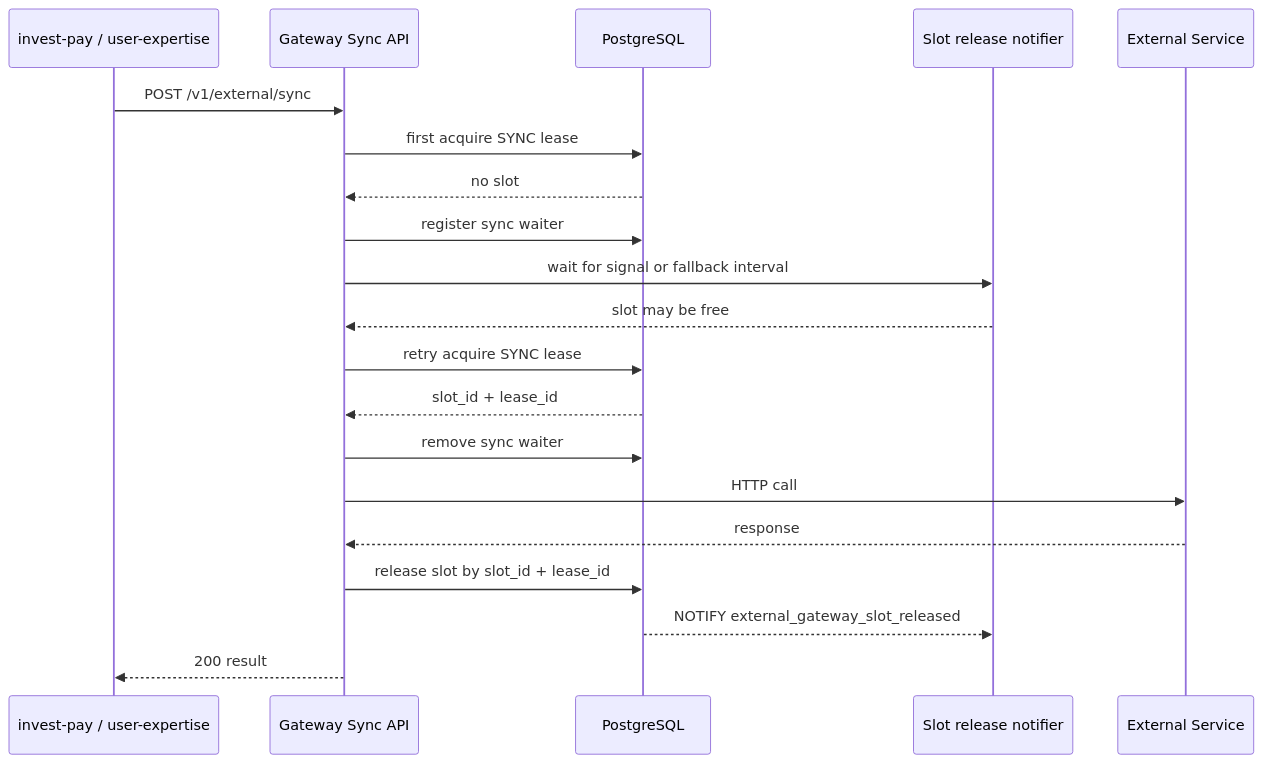
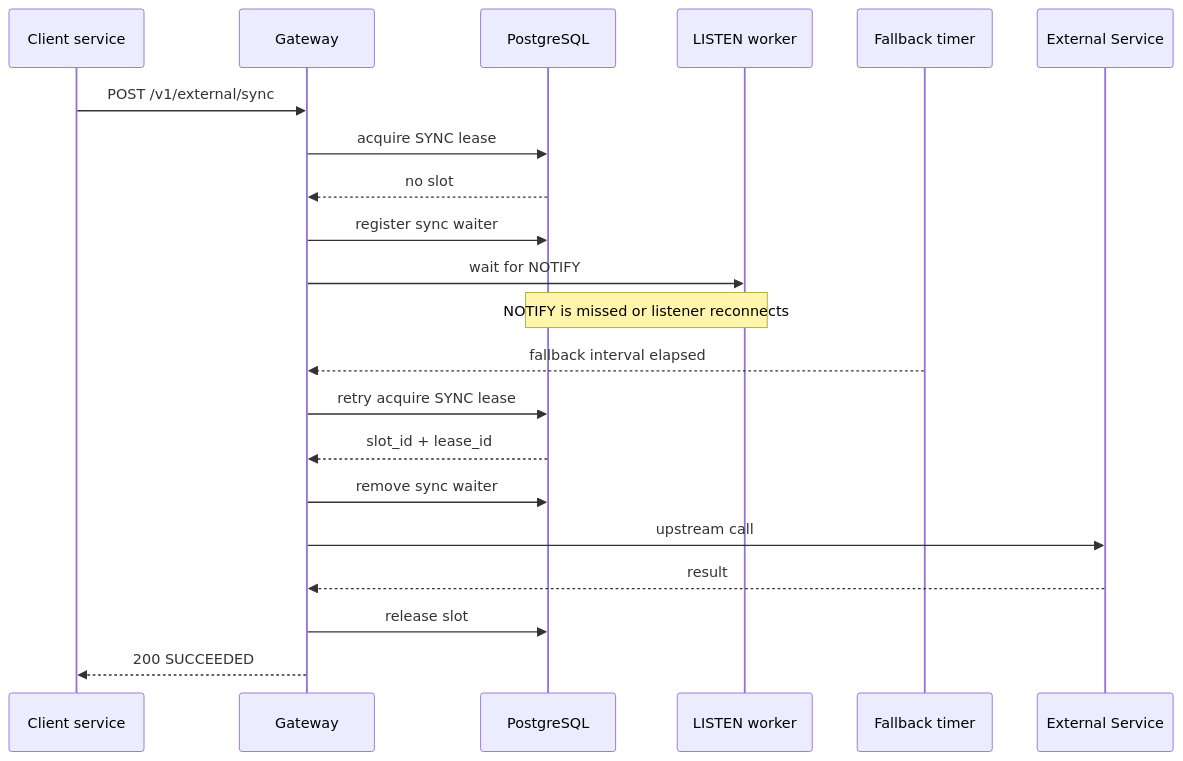
One commit to DenisVanin4402/TestQwenCli changed the sixth of 13 diagrams in docs/external-service-gateway/c4-architecture.md. Above: the diagram before and after it, drawn with Mermaid. The commit also changed other lines of this file and 11 other files, not shown here.

Commit message:
sync\async api (first init) - обновлена документация

````diff
--- a/docs/external-service-gateway/c4-architecture.md
+++ b/docs/external-service-gateway/c4-architecture.md
@@ -138,23 +140,24 @@
 ```mermaid
 sequenceDiagram
-    participant Client as invest-pay / user-expertise
-    participant API as Gateway Sync API
+    participant Client as Client service
+    participant Gateway as Gateway
     participant DB as PostgreSQL
-    participant Notifier as Slot release notifier
+    participant Listener as LISTEN worker
+    participant Timer as Fallback timer
     participant Upstream as External Service
 
-    Client->>API: POST /v1/external/sync
-    API->>DB: first acquire SYNC lease
-    DB-->>API: no slot
-    API->>DB: register sync waiter
-    API->>Notifier: wait for signal or fallback interval
-    Notifier-->>API: slot may be free
-    API->>DB: retry acquire SYNC lease
-    DB-->>API: slot_id + lease_id
-    API->>DB: remove sync waiter
-    API->>Upstream: HTTP call
-    Upstream-->>API: response
-    API->>DB: release slot by slot_id + lease_id
-    DB-->>Notifier: NOTIFY external_gateway_slot_released
-    API-->>Client: 200 result
+    Client->>Gateway: POST /v1/external/sync
+    Gateway->>DB: acquire SYNC lease
+    DB-->>Gateway: no slot
+    Gateway->>DB: register sync waiter
+    Gateway->>Listener: wait for NOTIFY
+    Note over DB,Listener: NOTIFY is missed or listener reconnects
+    Timer-->>Gateway: fallback interval elapsed
+    Gateway->>DB: retry acquire SYNC lease
+    DB-->>Gateway: slot_id + lease_id
+    Gateway->>DB: remove sync waiter
+    Gateway->>Upstream: upstream call
+    Upstream-->>Gateway: result
+    Gateway->>DB: release slot
+    Gateway-->>Client: 200 SUCCEEDED
 ```
````
